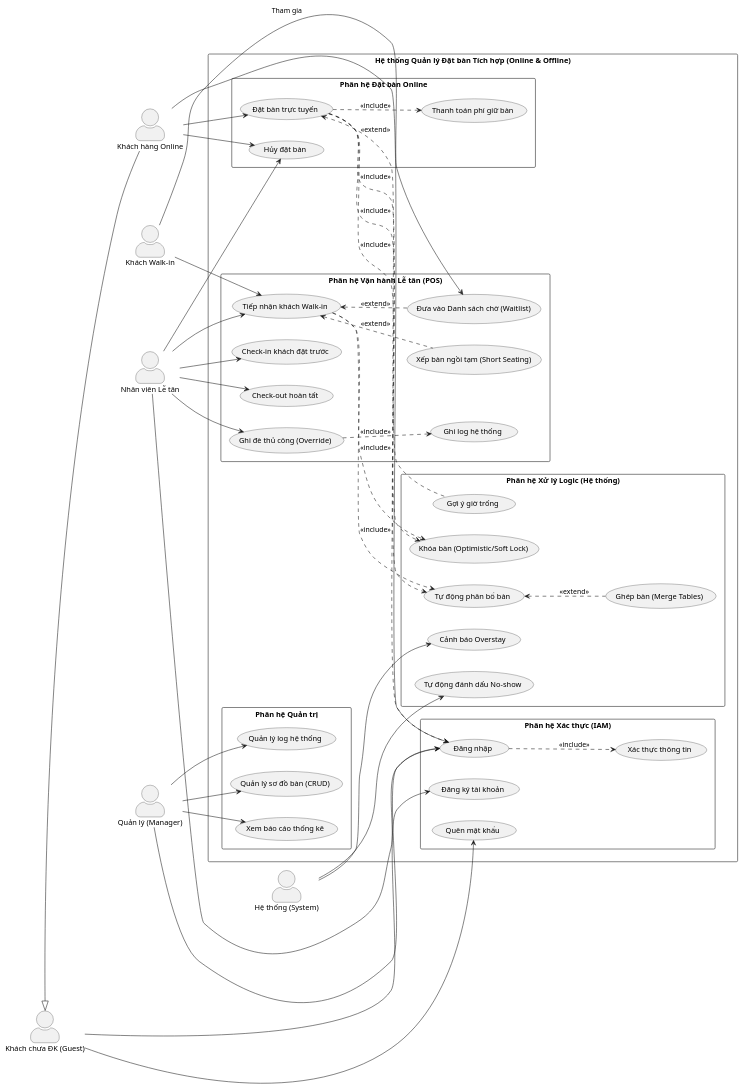
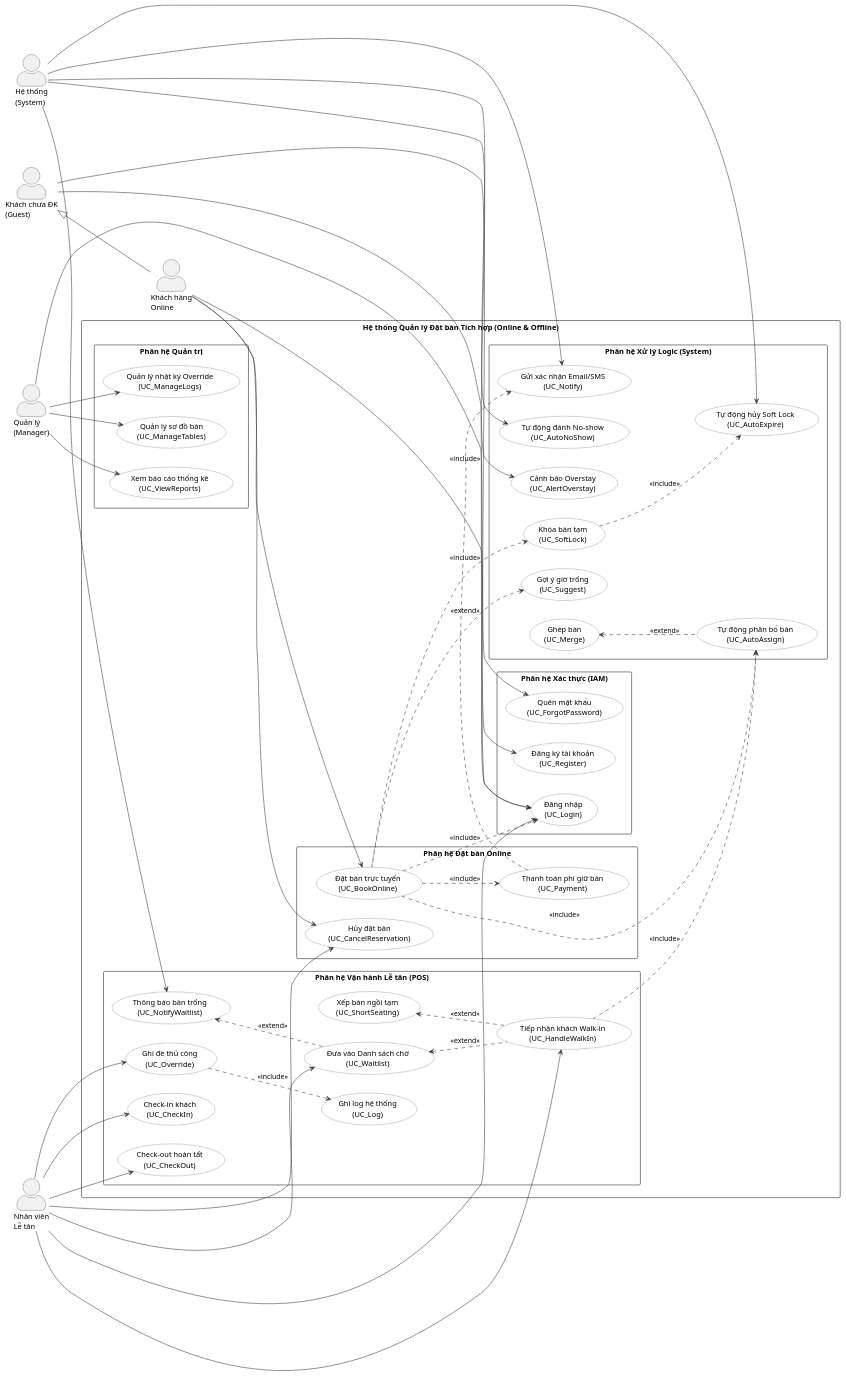
The diagram in docs/uml/use-case-diagram.puml (QuangLam0208/restaurant-reservation-system), drawn with PlantUML before and after one commit. The commit also changed 1 other file, not shown here.

Commit message:
update usecase

```diff
--- a/docs/uml/use-case-diagram.puml
+++ b/docs/uml/use-case-diagram.puml
@@ -1,117 +1,149 @@
 @startuml
 left to right direction
 skinparam actorStyle awesome
 skinparam packageStyle rectangle
-skinparam nodesep 40
-skinparam ranksep 60
+skinparam nodesep 35
+skinparam ranksep 55
+skinparam usecase {
+  BackgroundColor White
+  BorderColor #555
+  ArrowColor #333
+}
 
 ' ==========================================
-' ĐỊNH NGHĨA CÁC ACTORS
+' ACTORS
 ' ==========================================
-actor "Khách chưa ĐK (Guest)" as Guest
-actor "Khách hàng Online" as OnlineCustomer
-actor "Khách Walk-in" as WalkInCustomer
-actor "Nhân viên Lễ tân" as Receptionist
-actor "Quản lý (Manager)" as Manager
-actor "Hệ thống (System)" as System
+actor "Khách chưa ĐK\n(Guest)" as Guest
+actor "Khách hàng\nOnline" as OnlineCustomer
+actor "Nhân viên\nLễ tân" as Receptionist
+actor "Quản lý\n(Manager)" as Manager
+actor "Hệ thống\n(System)" as System
 
-' Tính kế thừa
+' Kế thừa: OnlineCustomer mở rộng từ Guest
 Guest <|-- OnlineCustomer
 
 rectangle "Hệ thống Quản lý Đặt bàn Tích hợp (Online & Offline)" {
 
+  ' ----------------------------------------
   rectangle "Phân hệ Xác thực (IAM)" {
-    usecase "Đăng ký tài khoản" as UC_Register
-    usecase "Đăng nhập" as UC_Login
-    usecase "Quên mật khẩu" as UC_Forgot
-    usecase "Xác thực thông tin" as UC_Verify
+    usecase "Đăng ký tài khoản\n(UC_Register)" as UC_Register
+    usecase "Đăng nhập\n(UC_Login)" as UC_Login
+    usecase "Quên mật khẩu\n(UC_ForgotPassword)" as UC_Forgot
   }
 
+  ' ----------------------------------------
   rectangle "Phân hệ Đặt bàn Online" {
-    usecase "Đặt bàn trực tuyến" as UC_BookOnline
-    usecase "Thanh toán phí giữ bàn" as UC_Payment
-    usecase "Hủy đặt bàn" as UC_CancelReservation
+    usecase "Đặt bàn trực tuyến\n(UC_BookOnline)" as UC_BookOnline
+    usecase "Thanh toán phí giữ bàn\n(UC_Payment)" as UC_Payment
+    usecase "Hủy đặt bàn\n(UC_CancelReservation)" as UC_CancelReservation
   }
 
-  rectangle "Phân hệ Xử lý Logic (Hệ thống)" {
-    usecase "Tự động phân bổ bàn" as UC_AutoAssign
-    usecase "Ghép bàn (Merge Tables)" as UC_Merge
-    usecase "Gợi ý giờ trống" as UC_Suggest
-    usecase "Tự động đánh dấu No-show" as UC_AutoNoShow
-    usecase "Cảnh báo Overstay" as UC_AlertOverstay
-    usecase "Khóa bàn (Optimistic/Soft Lock)" as UC_LockTable
+  ' ----------------------------------------
+  rectangle "Phân hệ Xử lý Logic (System)" {
+    usecase "Tự động phân bổ bàn\n(UC_AutoAssign)" as UC_AutoAssign
+    usecase "Ghép bàn\n(UC_Merge)" as UC_Merge
+    usecase "Khóa bàn tạm\n(UC_SoftLock)" as UC_SoftLock
+    usecase "Tự động hủy Soft Lock\n(UC_AutoExpire)" as UC_AutoExpire
+    usecase "Gửi xác nhận Email/SMS\n(UC_Notify)" as UC_Notify
+    usecase "Gợi ý giờ trống\n(UC_Suggest)" as UC_Suggest
+    usecase "Tự động đánh No-show\n(UC_AutoNoShow)" as UC_AutoNoShow
+    usecase "Cảnh báo Overstay\n(UC_AlertOverstay)" as UC_AlertOverstay
   }
 
+  ' ----------------------------------------
   rectangle "Phân hệ Vận hành Lễ tân (POS)" {
-    usecase "Tiếp nhận khách Walk-in" as UC_HandleWalkIn
-    usecase "Xếp bàn ngồi tạm (Short Seating)" as UC_ShortSeating
-    usecase "Đưa vào Danh sách chờ (Waitlist)" as UC_Waitlist
-    usecase "Check-in khách đặt trước" as UC_CheckIn
-    usecase "Check-out hoàn tất" as UC_CheckOut
-    usecase "Ghi đè thủ công (Override)" as UC_Override
-    usecase "Ghi log hệ thống" as UC_Log
+    usecase "Tiếp nhận khách Walk-in\n(UC_HandleWalkIn)" as UC_HandleWalkIn
+    usecase "Xếp bàn ngồi tạm\n(UC_ShortSeating)" as UC_ShortSeating
+    usecase "Đưa vào Danh sách chờ\n(UC_Waitlist)" as UC_Waitlist
+    usecase "Thông báo bàn trống\n(UC_NotifyWaitlist)" as UC_NotifyWaitlist
+    usecase "Check-in khách\n(UC_CheckIn)" as UC_CheckIn
+    usecase "Check-out hoàn tất\n(UC_CheckOut)" as UC_CheckOut
+    usecase "Ghi đè thủ công\n(UC_Override)" as UC_Override
+    usecase "Ghi log hệ thống\n(UC_Log)" as UC_Log
   }
 
+  ' ----------------------------------------
   rectangle "Phân hệ Quản trị" {
-    usecase "Quản lý sơ đồ bàn (CRUD)" as UC_ManageTables
-    usecase "Xem báo cáo thống kê" as UC_ViewReports
-    usecase "Quản lý log hệ thống" as UC_ManageLogs
+    usecase "Quản lý sơ đồ bàn\n(UC_ManageTables)" as UC_ManageTables
+    usecase "Xem báo cáo thống kê\n(UC_ViewReports)" as UC_ViewReports
+    usecase "Quản lý nhật ký Override\n(UC_ManageLogs)" as UC_ManageLogs
   }
+
 }
 
 ' ==========================================
-' MỐI LIÊN KẾT TỪ ACTOR ĐẾN USE CASE
+' ACTOR → USE CASE
 ' ==========================================
 
-' Luồng Khách hàng
+' Guest
 Guest --> UC_Register
 Guest --> UC_Forgot
+
+' Khách Online
 OnlineCustomer --> UC_Login
 OnlineCustomer --> UC_BookOnline
 OnlineCustomer --> UC_CancelReservation
 
-WalkInCustomer --> UC_HandleWalkIn
-WalkInCustomer --> UC_Waitlist : "Tham gia"
-
-' Luồng Nhân sự Nhà hàng
+' Lễ tân
 Receptionist --> UC_Login
 Receptionist --> UC_HandleWalkIn
 Receptionist --> UC_CheckIn
 Receptionist --> UC_CheckOut
 Receptionist --> UC_CancelReservation
 Receptionist --> UC_Override
+Receptionist --> UC_Waitlist
 
+' Quản lý
 Manager --> UC_Login
 Manager --> UC_ManageTables
 Manager --> UC_ViewReports
 Manager --> UC_ManageLogs
 
-' Luồng Hệ thống chạy ngầm
+' System (chạy ngầm)
 System --> UC_AutoNoShow
 System --> UC_AlertOverstay
+System --> UC_AutoExpire
+System --> UC_Notify
+System --> UC_NotifyWaitlist
 
 ' ==========================================
-' MỐI LIÊN KẾT INCLUDE / EXTEND (NGHIỆP VỤ)
+' INCLUDE / EXTEND
 ' ==========================================
 
-' Nghiệp vụ Xác thực
-UC_Login ..> UC_Verify : <<include>>
+' --- Phân hệ Xác thực ---
+' BookOnline yêu cầu đã đăng nhập
 UC_BookOnline ..> UC_Login : <<include>>
 
-' Luồng Online (CẬP NHẬT THANH TOÁN)
-UC_BookOnline ..> UC_Payment : <<include>>
-UC_BookOnline ..> UC_AutoAssign : <<include>>
-UC_BookOnline ..> UC_LockTable : <<include>>
-UC_AutoAssign <.. UC_Merge : <<extend>>
-UC_BookOnline <.. UC_Suggest : <<extend>>
+' --- Phân hệ Online ---
+UC_BookOnline ..> UC_AutoAssign  : <<include>>
+UC_BookOnline ..> UC_SoftLock    : <<include>>
+UC_BookOnline ..> UC_Payment     : <<include>>
 
-' Luồng Offline / Vận hành
-UC_HandleWalkIn ..> UC_AutoAssign : <<include>>
-UC_HandleWalkIn ..> UC_LockTable : <<include>>
-UC_HandleWalkIn <.. UC_ShortSeating : <<extend>>
-UC_HandleWalkIn <.. UC_Waitlist : <<extend>>
+' Sau thanh toán thành công → gửi thông báo
+UC_Payment ..> UC_Notify         : <<include>>
 
-' Luồng Xử lý xung đột
+' Nếu quá hạn 5p → tự hủy lock
+UC_SoftLock ..> UC_AutoExpire    : <<include>>
+
+' AutoAssign thất bại (không có bàn đơn) → thử ghép bàn
+UC_Merge <.. UC_AutoAssign       : <<extend>>
+
+' Không tìm được bàn → gợi ý giờ khác
+UC_Suggest <.. UC_BookOnline     : <<extend>>
+
+' --- Phân hệ Walk-in ---
+UC_HandleWalkIn ..> UC_AutoAssign  : <<include>>
+
+' Bàn trống một phần → đề xuất Short Seating
+UC_ShortSeating <.. UC_HandleWalkIn : <<extend>>
+
+' Hết bàn → vào Waitlist
+UC_Waitlist <.. UC_HandleWalkIn   : <<extend>>
+
+' Có bàn trống → thông báo khách chờ
+UC_NotifyWaitlist <.. UC_Waitlist  : <<extend>>
+
+' --- Phân hệ Override ---
 UC_Override ..> UC_Log : <<include>>
 
 @enduml
```
